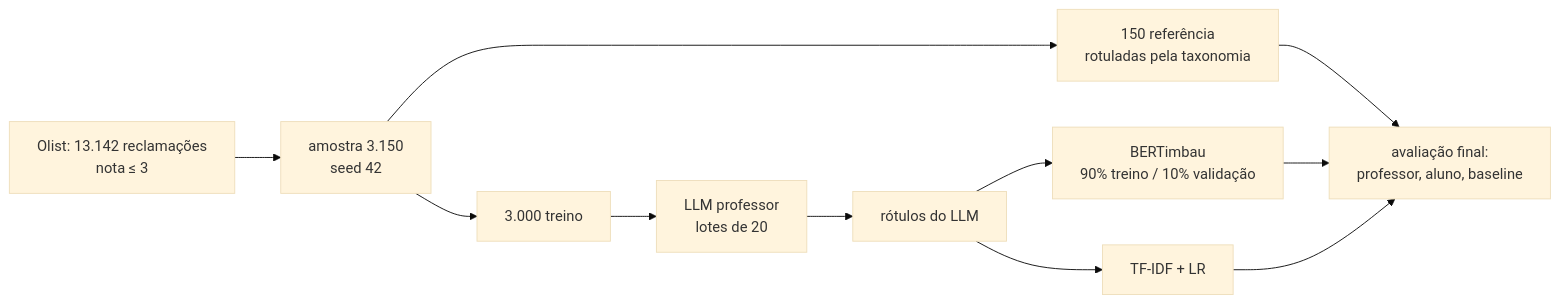
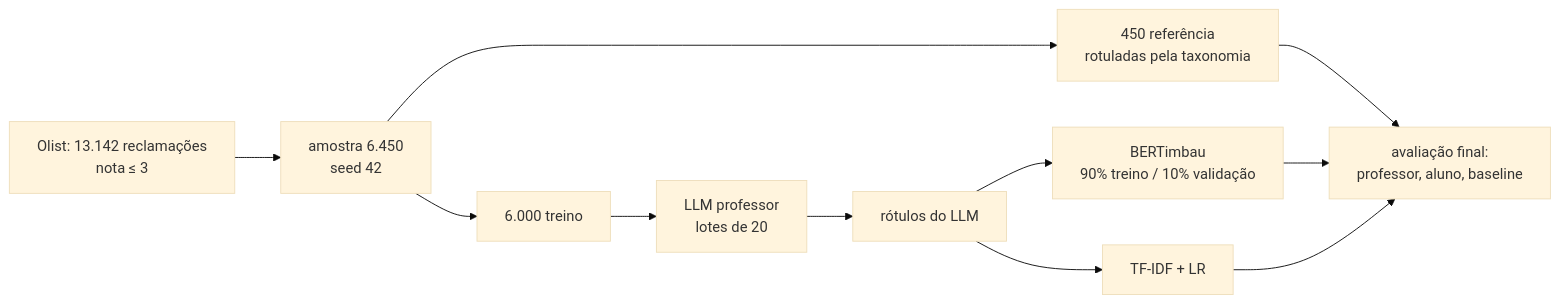
The diagram in README.md (krosct/project-nov26-p4-destilacao), drawn with Mermaid (base theme) before and after one commit. The commit also changed other lines of this file and 10 other files, not shown here.

````diff
--- a/README.md
+++ b/README.md
@@ -30,13 +30,13 @@
 ```mermaid
 flowchart LR
-    O[Olist: 13.142 reclamações<br/>nota ≤ 3] --> S[amostra 3.150<br/>seed 42]
-    S --> R[150 referência<br/>rotuladas pela taxonomia]
-    S --> T[3.000 treino]
-    T --> P[LLM professor<br/>lotes de 20]
-    P --> Y[rótulos do LLM]
-    Y --> B[BERTimbau<br/>90% treino / 10% validação]
-    Y --> F[TF-IDF + LR]
-    R --> A[avaliação final:<br/>professor, aluno, baseline]
+    O["Olist: 13.142 reclamações<br/>nota ≤ 3"] --> S["amostra 6.450<br/>seed 42"]
+    S --> R["450 referência<br/>rotuladas pela taxonomia"]
+    S --> T["6.000 treino"]
+    T --> P["LLM professor<br/>lotes de 20"]
+    P --> Y["rótulos do LLM"]
+    Y --> B["BERTimbau<br/>90% treino / 10% validação"]
+    Y --> F["TF-IDF + LR"]
+    R --> A["avaliação final:<br/>professor, aluno, baseline"]
     B --> A
     F --> A
 ```
````
